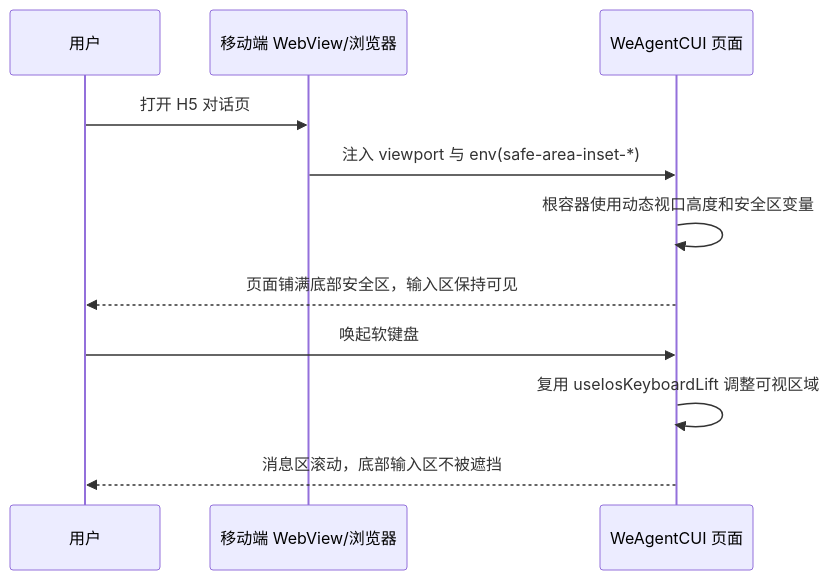
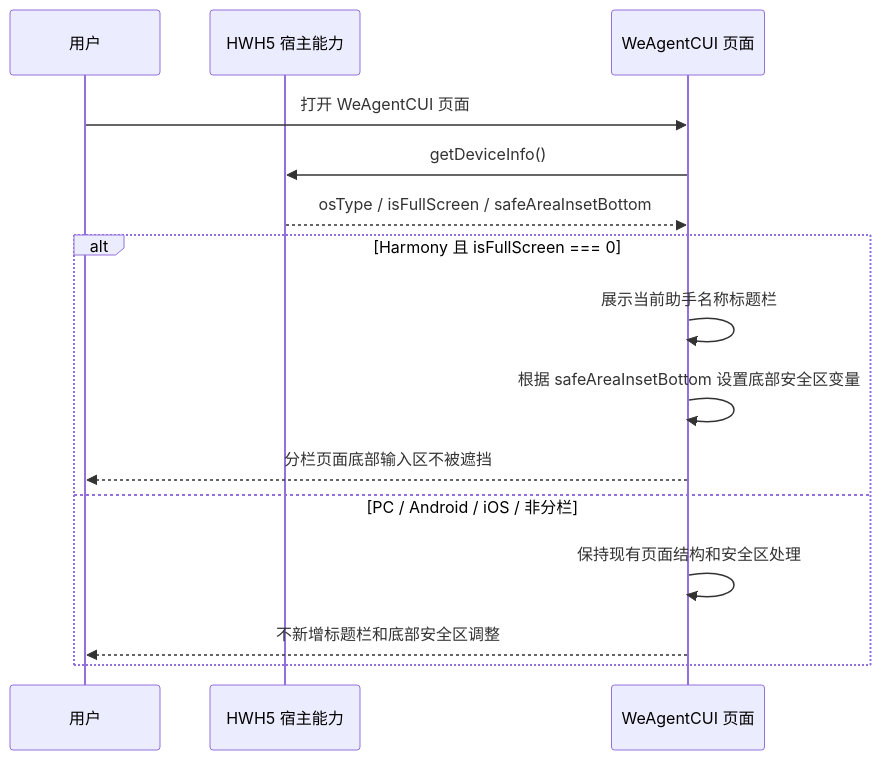
One commit to Abelsjcheng/skillSDK changed the third of 3 diagrams in ai-chat-viewer/docs/plans/2026-06-08-we-agent-cui-ui-interaction-optimization-plan.md. Above: the diagram before and after it, drawn with Mermaid. The commit also changed other lines of this file, not shown here.

Commit message:
docs(ui): refine harmony split screen plan

````diff
--- a/ai-chat-viewer/docs/plans/2026-06-08-we-agent-cui-ui-interaction-optimization-plan.md
+++ b/ai-chat-viewer/docs/plans/2026-06-08-we-agent-cui-ui-interaction-optimization-plan.md
@@ -74,14 +80,18 @@
 ```mermaid
 sequenceDiagram
     participant User as 用户
-    participant Browser as 移动端 WebView/浏览器
+    participant HWH5 as HWH5 宿主能力
     participant Host as WeAgentCUI 页面
 
-    User->>Browser: 打开 H5 对话页
-    Browser->>Host: 注入 viewport 与 env(safe-area-inset-*)
-    Host->>Host: 根容器使用动态视口高度和安全区变量
-    Host-->>User: 页面铺满底部安全区，输入区保持可见
-    User->>Host: 唤起软键盘
-    Host->>Host: 复用 useIosKeyboardLift 调整可视区域
-    Host-->>User: 消息区滚动，底部输入区不被遮挡
+    User->>Host: 打开 WeAgentCUI 页面
+    Host->>HWH5: getDeviceInfo()
+    HWH5-->>Host: osType / isFullScreen / safeAreaInsetBottom
+    alt Harmony 且 isFullScreen === 0
+        Host->>Host: 展示当前助手名称标题栏
+        Host->>Host: 根据 safeAreaInsetBottom 设置底部安全区变量
+        Host-->>User: 分栏页面底部输入区不被遮挡
+    else PC / Android / iOS / 非分栏
+        Host->>Host: 保持现有页面结构和安全区处理
+        Host-->>User: 不新增标题栏和底部安全区调整
+    end
 ```
````
